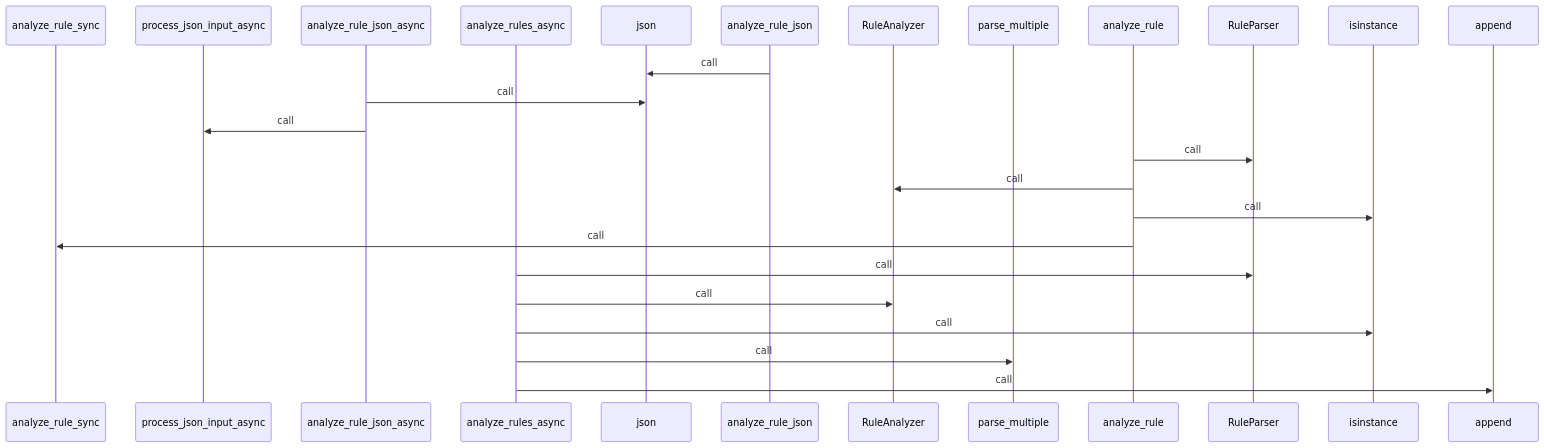
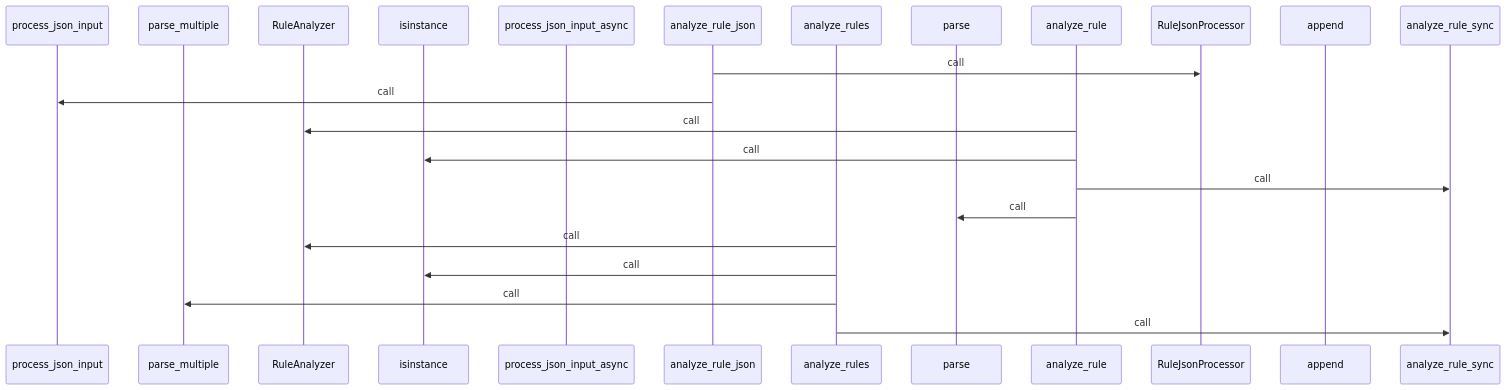
The ninth of 10 diagrams in generated_docs/rule_analyzer/__init__.md (yeonjae-personal/codemuse-backend), drawn with Mermaid before and after one commit. The commit also changed other lines of this file and 3991 other files, not shown here.

First line of the commit message:
feat: 워크플로우 개선 및 핵심 문서 자동 생성 구현

````diff
--- a/generated_docs/rule_analyzer/__init__.md
+++ b/generated_docs/rule_analyzer/__init__.md
@@ -580,27 +580,25 @@
 ```mermaid
 sequenceDiagram
+  participant process_json_input as process_json_input
+  participant parse_multiple as parse_multiple
+  participant RuleAnalyzer as RuleAnalyzer
+  participant isinstance as isinstance
+  participant process_json_input_async as process_json_input_async
+  participant analyze_rule_json as analyze_rule_json
+  participant analyze_rules as analyze_rules
+  participant parse as parse
+  participant analyze_rule as analyze_rule
+  participant RuleJsonProcessor as RuleJsonProcessor
+  participant append as append
   participant analyze_rule_sync as analyze_rule_sync
-  participant process_json_input_async as process_json_input_async
-  participant analyze_rule_json_async as analyze_rule_json_async
-  participant analyze_rules_async as analyze_rules_async
-  participant json as json
-  participant analyze_rule_json as analyze_rule_json
-  participant RuleAnalyzer as RuleAnalyzer
-  participant parse_multiple as parse_multiple
-  participant analyze_rule as analyze_rule
-  participant RuleParser as RuleParser
-  participant isinstance as isinstance
-  participant append as append
-  analyze_rule_json->>json: call
-  analyze_rule_json_async->>json: call
-  analyze_rule_json_async->>process_json_input_async: call
-  analyze_rule->>RuleParser: call
+  analyze_rule_json->>RuleJsonProcessor: call
+  analyze_rule_json->>process_json_input: call
   analyze_rule->>RuleAnalyzer: call
   analyze_rule->>isinstance: call
   analyze_rule->>analyze_rule_sync: call
-  analyze_rules_async->>RuleParser: call
-  analyze_rules_async->>RuleAnalyzer: call
-  analyze_rules_async->>isinstance: call
-  analyze_rules_async->>parse_multiple: call
-  analyze_rules_async->>append: call
+  analyze_rule->>parse: call
+  analyze_rules->>RuleAnalyzer: call
+  analyze_rules->>isinstance: call
+  analyze_rules->>parse_multiple: call
+  analyze_rules->>analyze_rule_sync: call
 ```
````
